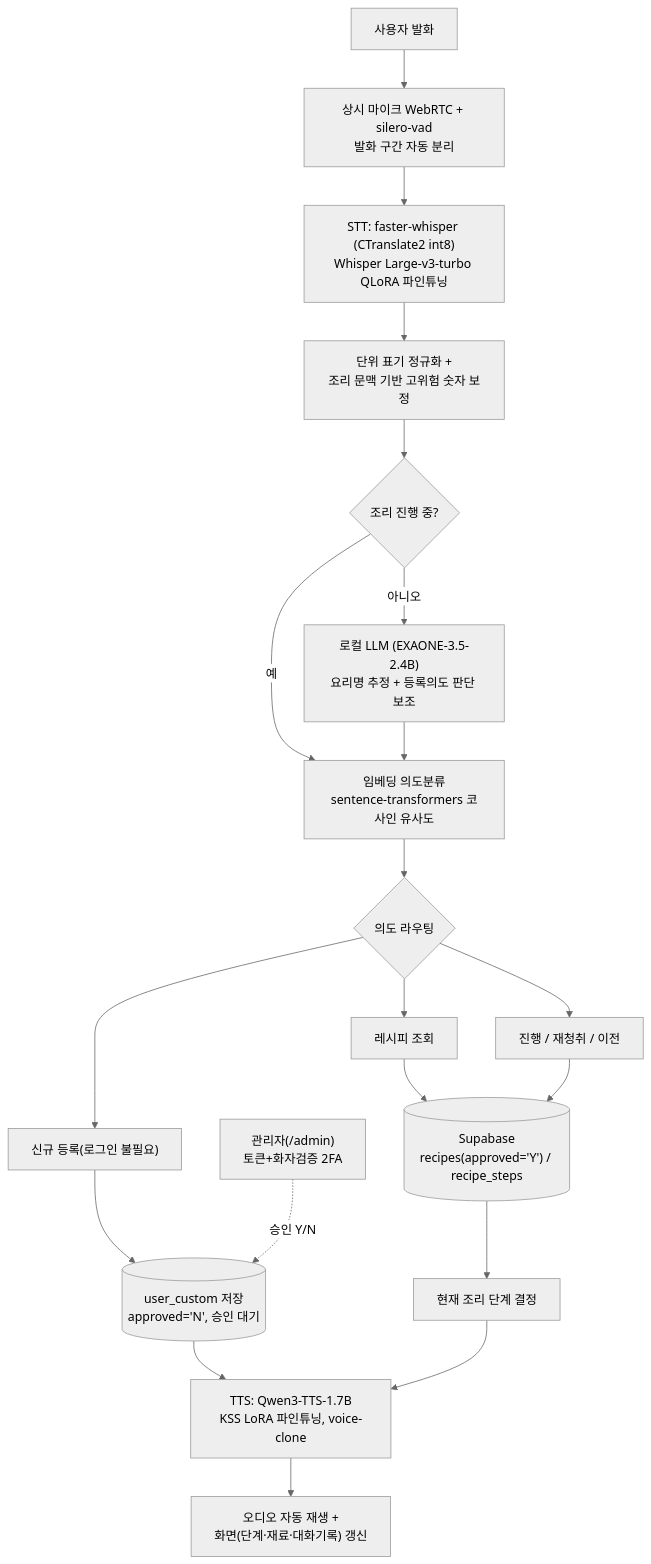
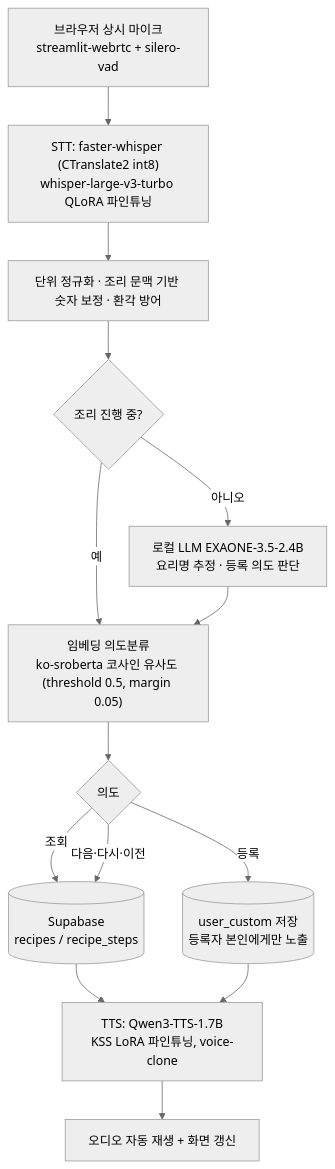
The diagram in README.md (chefear-team/ChefEar_ai), drawn with Mermaid (neutral theme) before and after one commit. The commit also changed other lines of this file and 144 other files, not shown here.

````diff
--- a/README.md
+++ b/README.md
@@ -75,22 +64,16 @@
 ```mermaid
 flowchart TD
-    A["사용자 발화"] --> B["상시 마이크 WebRTC + silero-vad<br/>발화 구간 자동 분리"]
-    B --> C["STT: faster-whisper (CTranslate2 int8)<br/>Whisper Large-v3-turbo QLoRA 파인튜닝"]
-    C --> D["단위 표기 정규화 +<br/>조리 문맥 기반 고위험 숫자 보정"]
-    D --> E{"조리 진행 중?"}
-    E -- 아니오 --> F["로컬 LLM (EXAONE-3.5-2.4B)<br/>요리명 추정 + 등록의도 판단 보조"]
-    E -- 예 --> G
-    F --> G["임베딩 의도분류<br/>sentence-transformers 코사인 유사도"]
-    G --> H{"의도 라우팅"}
-    H --> H1["레시피 조회"]
-    H --> H2["진행 / 재청취 / 이전"]
-    H --> H3["신규 등록(로그인 불필요)"]
-    H1 --> I[("Supabase<br/>recipes(approved='Y') / recipe_steps")]
-    H2 --> I
-    H3 --> J[("user_custom 저장<br/>approved='N', 승인 대기")]
-    I --> K["현재 조리 단계 결정"]
-    J --> L
-    K --> L["TTS: Qwen3-TTS-1.7B<br/>KSS LoRA 파인튜닝, voice-clone"]
-    L --> M["오디오 자동 재생 +<br/>화면(단계·재료·대화기록) 갱신"]
-    N["관리자(/admin)<br/>토큰+화자검증 2FA"] -.승인 Y/N.-> J
+    A["브라우저 상시 마이크<br/>streamlit-webrtc + silero-vad"] --> B["STT: faster-whisper (CTranslate2 int8)<br/>whisper-large-v3-turbo QLoRA 파인튜닝"]
+    B --> C["단위 정규화 · 조리 문맥 기반 숫자 보정 · 환각 방어"]
+    C --> D{"조리 진행 중?"}
+    D -- 아니오 --> E["로컬 LLM EXAONE-3.5-2.4B<br/>요리명 추정 · 등록 의도 판단"]
+    D -- 예 --> F
+    E --> F["임베딩 의도분류<br/>ko-sroberta 코사인 유사도 (threshold 0.5, margin 0.05)"]
+    F --> G{"의도"}
+    G -- 조회 --> H[("Supabase<br/>recipes / recipe_steps")]
+    G -- "다음·다시·이전" --> H
+    G -- 등록 --> I[("user_custom 저장<br/>등록자 본인에게만 노출")]
+    H --> J["TTS: Qwen3-TTS-1.7B<br/>KSS LoRA 파인튜닝, voice-clone"]
+    I --> J
+    J --> K["오디오 자동 재생 + 화면 갱신"]
 ```
````
